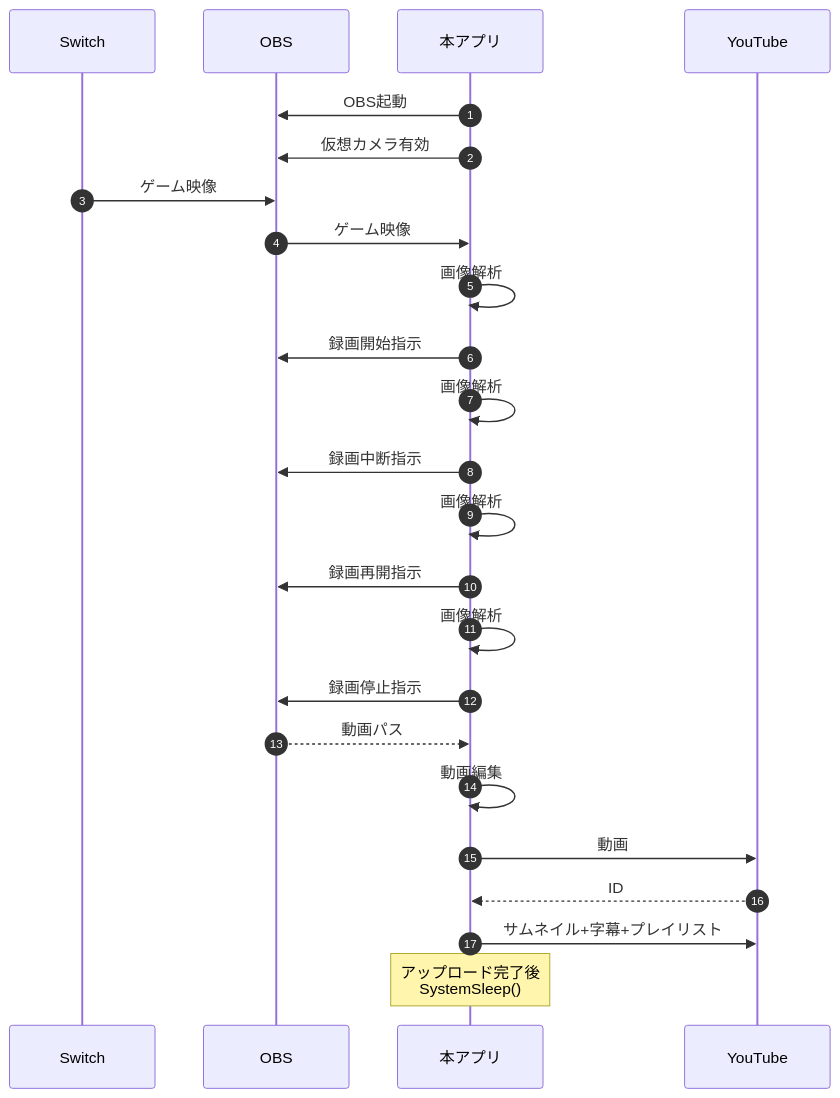
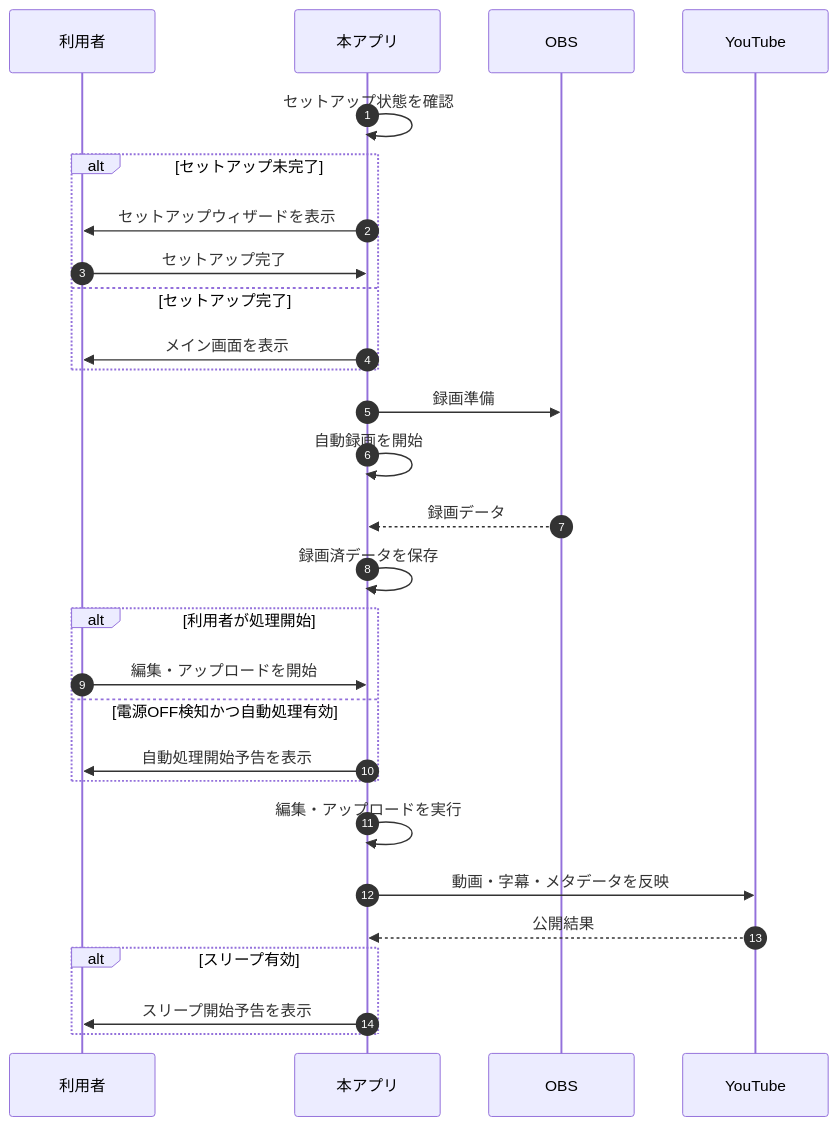
The fourth of 8 diagrams in docs/external_spec.md (saw4405/splat-replay2), drawn with Mermaid before and after one commit. The commit also changed other lines of this file and 36 other files, not shown here.

````diff
--- a/docs/external_spec.md
+++ b/docs/external_spec.md
@@ -69,26 +141,30 @@
 ```mermaid
 sequenceDiagram
     autonumber
-    participant Sw as Switch
+    participant User as 利用者
+    participant App as 本アプリ
     participant OBS
-    participant App as 本アプリ
     participant YT as YouTube
-    App->>OBS: OBS起動
-    App->>OBS: 仮想カメラ有効
-    Sw->>OBS: ゲーム映像
-    OBS->>App: ゲーム映像
-    App->>App: 画像解析
-    App->>OBS: 録画開始指示
-    App->>App: 画像解析
-    App->>OBS: 録画中断指示
-    App->>App: 画像解析
-    App->>OBS: 録画再開指示
-    App->>App: 画像解析
-    App->>OBS: 録画停止指示
-    OBS-->>App: 動画パス
-    App->>App: 動画編集
-    App->>YT: 動画
-    YT-->>App: ID
-    App->>YT: サムネイル+字幕+プレイリスト
-    Note over App: アップロード完了後<br/>SystemSleep()
+    App->>App: セットアップ状態を確認
+    alt セットアップ未完了
+        App->>User: セットアップウィザードを表示
+        User->>App: セットアップ完了
+    else セットアップ完了
+        App->>User: メイン画面を表示
+    end
+    App->>OBS: 録画準備
+    App->>App: 自動録画を開始
+    OBS-->>App: 録画データ
+    App->>App: 録画済データを保存
+    alt 利用者が処理開始
+        User->>App: 編集・アップロードを開始
+    else 電源OFF検知かつ自動処理有効
+        App->>User: 自動処理開始予告を表示
+    end
+    App->>App: 編集・アップロードを実行
+    App->>YT: 動画・字幕・メタデータを反映
+    YT-->>App: 公開結果
+    alt スリープ有効
+        App->>User: スリープ開始予告を表示
+    end
 ```
````
